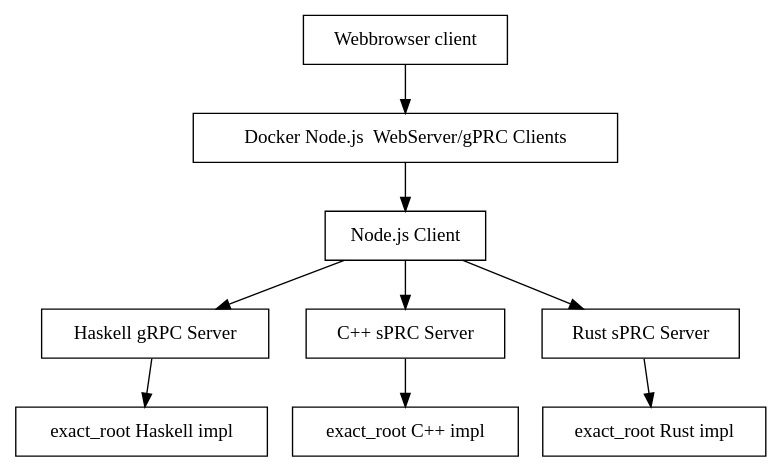
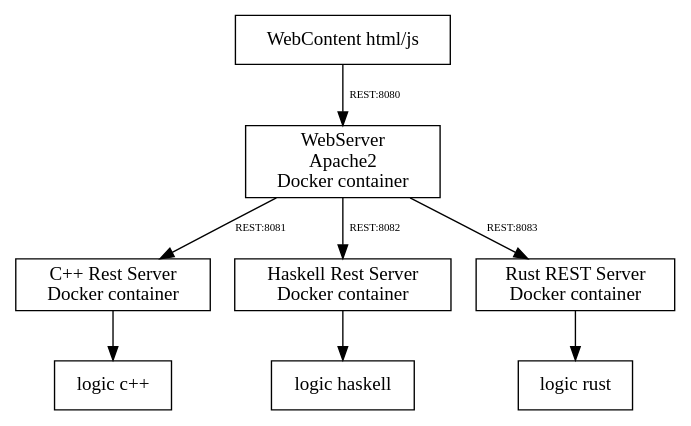
One commit to gennadij/cc_rust_haskell changed the diagram in README.md. Above: the diagram before and after it, drawn with Graphviz. The commit also changed other lines of this file, not shown here.

Commit message:
docs: adapt archeticture

````diff
--- a/README.md
+++ b/README.md
@@ -17,10 +17,12 @@
 ```dot
 digraph Arcitecture {
     node [shape=box];
-    "Webbrowser client" -> "Docker Node.js  WebServer/gPRC Clients"
-    "Docker Node.js  WebServer/gPRC Clients" -> "Node.js Client" -> 
-    "Haskell gRPC Server" -> "exact_root Haskell impl"
-    "Node.js Client" -> "C++ sPRC Server" -> "exact_root C++ impl"
-    "Node.js Client" -> "Rust sPRC Server" -> "exact_root Rust impl"
+    "WebContent html/js" ->  "WebServer\n Apache2\n Docker container" [label="REST:8080", fontsize=8, labeldistance=2];
+    "WebServer\n Apache2\n Docker container" -> "C++ Rest Server\n Docker container"  [label="REST:8081", fontsize=8, labeldistance=2];
+    "C++ Rest Server\n Docker container" -> "logic c++" 
+    "WebServer\n Apache2\n Docker container" -> "Haskell Rest Server\n Docker container"  [label="REST:8082", fontsize=8, labeldistance=2]
+    "Haskell Rest Server\n Docker container" -> "logic haskell"
+    "WebServer\n Apache2\n Docker container" -> "Rust REST Server\n Docker container" [label="REST:8083", fontsize=8, labeldistance=2] 
+    "Rust REST Server\n Docker container" -> "logic rust"
 }
 ```
````
